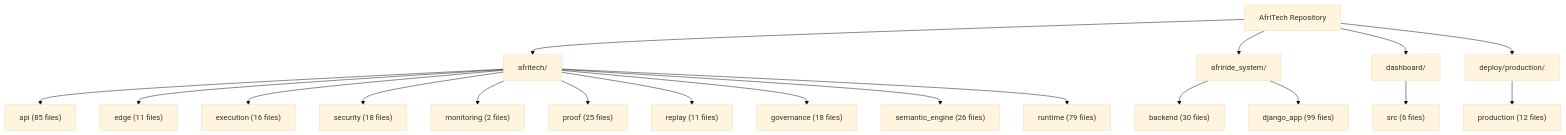
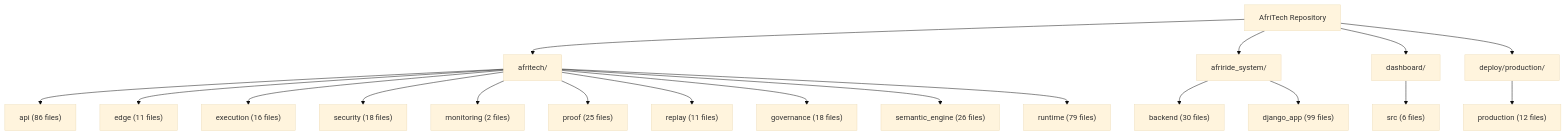
One commit to Strelly2023/afritelematics changed the second of 2 diagrams in docs/architecture/AFRITECH_FULL_ARCHITECTURE_GRAPH.md. Above: the diagram before and after it, drawn with Mermaid (base theme). The commit also changed other lines of this file and 8 other files, not shown here.

````diff
--- a/docs/architecture/AFRITECH_FULL_ARCHITECTURE_GRAPH.md
+++ b/docs/architecture/AFRITECH_FULL_ARCHITECTURE_GRAPH.md
@@ -64,23 +64,23 @@
 ```mermaid
 flowchart TD
     Root["AfriTech Repository"] --> Core["afritech/"]
     Root --> Ride["afriride_system/"]
     Root --> Ui["dashboard/"]
     Root --> Deploy["deploy/production/"]
 
-    Core --> Api["api (85 files)"]
+    Core --> Api["api (86 files)"]
     Core --> Edge["edge (11 files)"]
     Core --> Execution["execution (16 files)"]
     Core --> Security["security (18 files)"]
     Core --> Monitoring["monitoring (2 files)"]
     Core --> Proof["proof (25 files)"]
     Core --> Replay["replay (11 files)"]
     Core --> Governance["governance (18 files)"]
     Core --> Semantic["semantic_engine (26 files)"]
     Core --> Runtime["runtime (79 files)"]
 
     Ride --> Backend["backend (30 files)"]
     Ride --> Django["django_app (99 files)"]
     Ui --> Dashboard["src (6 files)"]
     Deploy --> Production["production (12 files)"]
 ```
````
